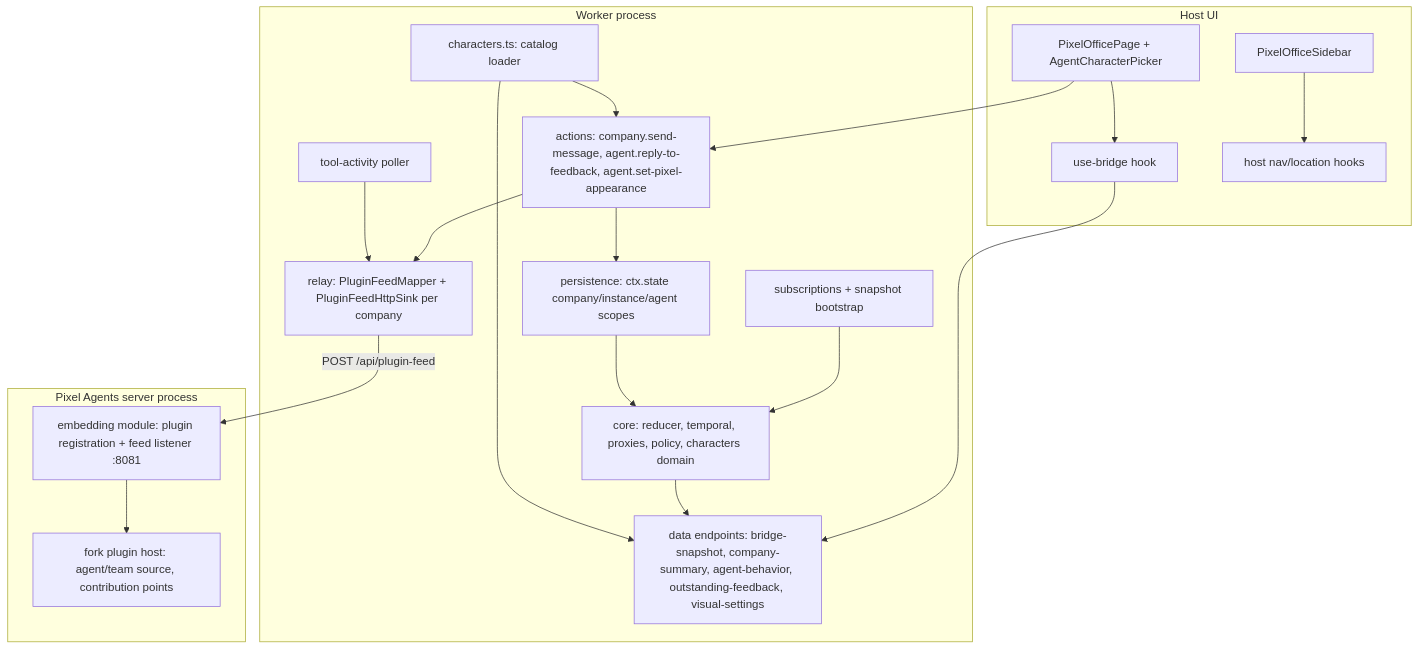
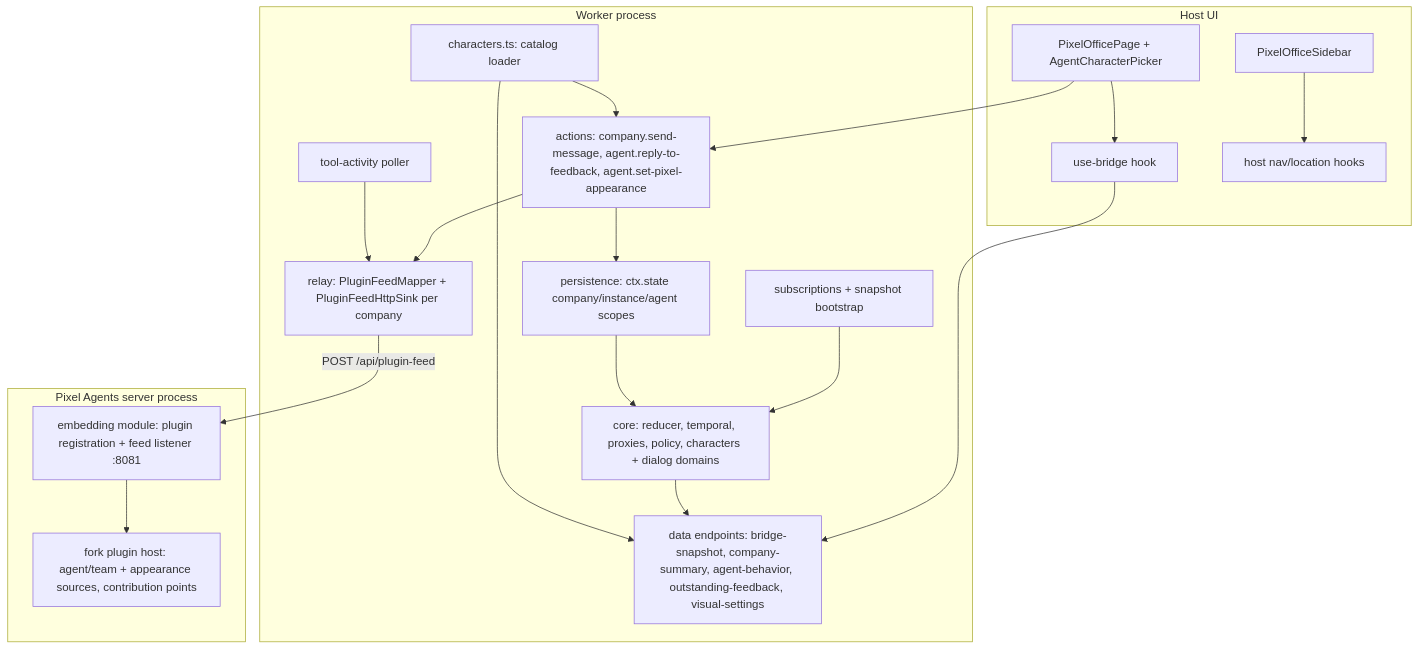
One commit to decaf-ts/paperclip-pixels changed the second of 4 diagrams in workdocs/ai/architecture-handbook.md. Above: the diagram before and after it, drawn with Mermaid. The commit also changed other lines of this file and 23 other files, not shown here.

Commit message:
PAPERCLIP_PIXELS-2: adopt the appearance API and add a guardrailed dialog-pane conversation feed

````diff
--- a/workdocs/ai/architecture-handbook.md
+++ b/workdocs/ai/architecture-handbook.md
@@ -207,36 +217,36 @@
 ```mermaid
 graph TD
     subgraph Host UI
         PAGE[PixelOfficePage + AgentCharacterPicker]
         SIDE[PixelOfficeSidebar]
         HOOK[use-bridge hook]
         NAV[host nav/location hooks]
     end
     subgraph Worker process
         SUB[subscriptions + snapshot bootstrap]
-        CORE[core: reducer, temporal, proxies, policy, characters domain]
+        CORE[core: reducer, temporal, proxies, policy, characters + dialog domains]
         ACT[actions: company.send-message, agent.reply-to-feedback, agent.set-pixel-appearance]
         DATA[data endpoints: bridge-snapshot, company-summary, agent-behavior, outstanding-feedback, visual-settings]
         PERS[persistence: ctx.state company/instance/agent scopes]
         CHARS[characters.ts: catalog loader]
         RELAY[relay: PluginFeedMapper + PluginFeedHttpSink per company]
         POLL[tool-activity poller]
     end
     subgraph Pixel Agents server process
         EMB[embedding module: plugin registration + feed listener :8081]
-        HOST[fork plugin host: agent/team source, contribution points]
+        HOST[fork plugin host: agent/team + appearance sources, contribution points]
     end
     PAGE --> HOOK --> DATA
     PAGE --> ACT
     SIDE --> NAV
     SUB --> CORE
     CORE --> DATA
     ACT --> PERS
     ACT --> RELAY
     CHARS --> DATA
     CHARS --> ACT
     PERS --> CORE
     RELAY -->|POST /api/plugin-feed| EMB
     EMB --> HOST
     POLL --> RELAY
 ```
````
